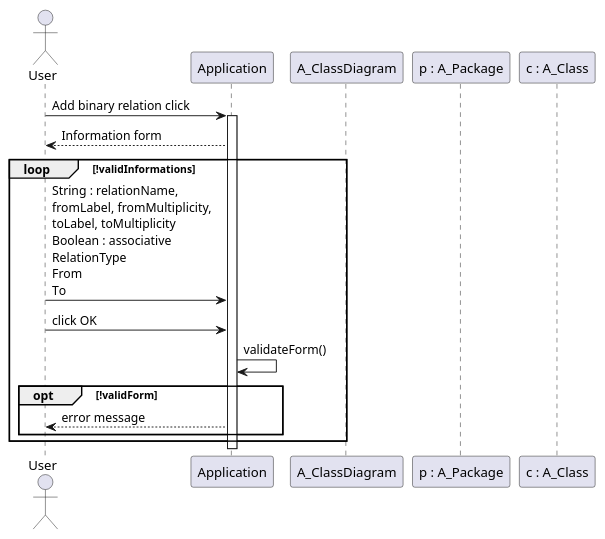
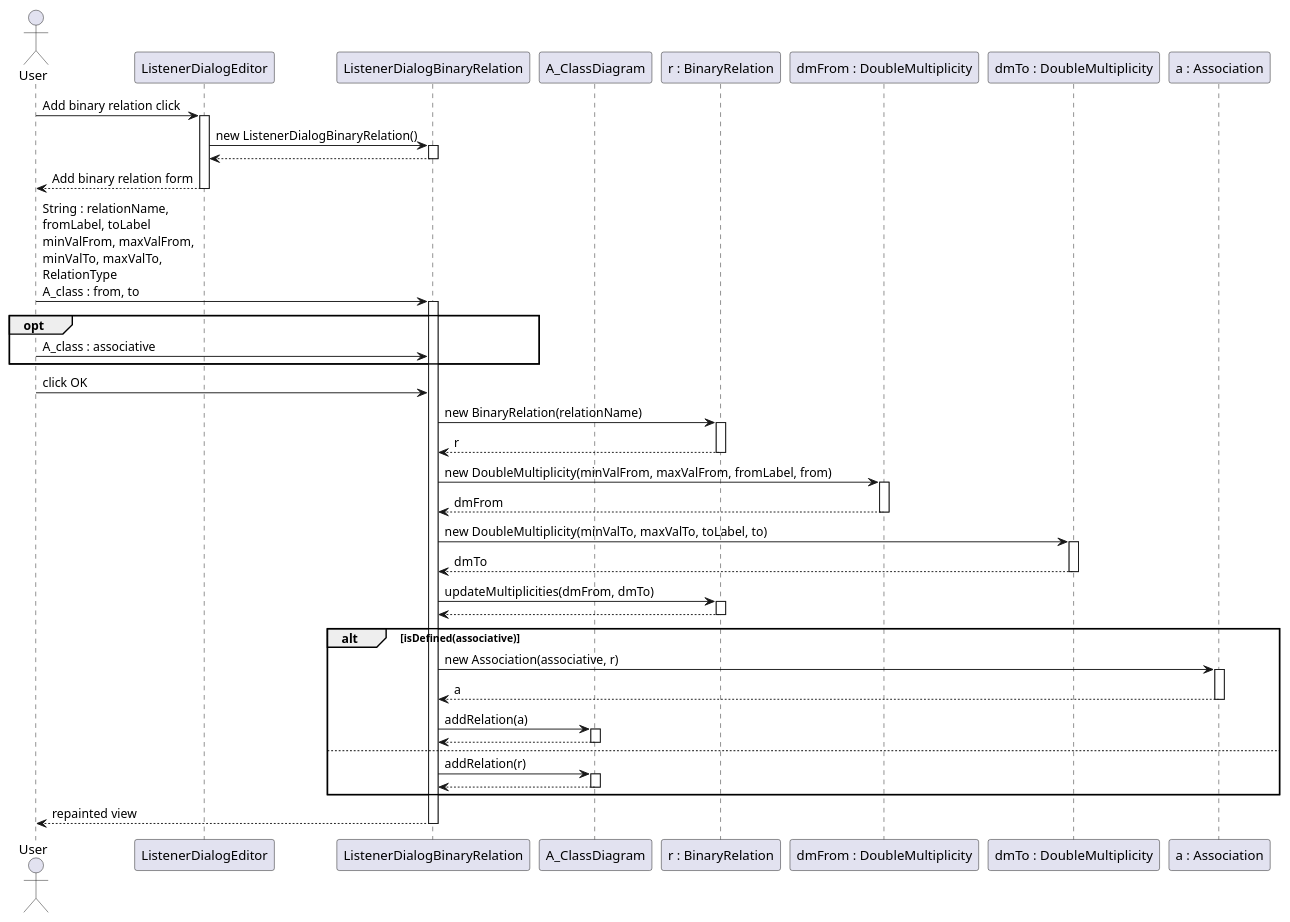
Before and after one commit to Phalexei/Modeleur: the diagram in src/com/github/tomap/uml/conception/sequenceDiagrams/addBinaryRelation.puml, drawn with PlantUML.

Commit message:
diagrammes de séquence

```diff
--- a/src/com/github/tomap/uml/conception/sequenceDiagrams/addBinaryRelation.puml
+++ b/src/com/github/tomap/uml/conception/sequenceDiagrams/addBinaryRelation.puml
@@ -1,25 +1,71 @@
 @startuml
 
     actor User as u
-    participant Application as a
+    participant ListenerDialogEditor as lde
+    participant ListenerDialogBinaryRelation as ldbr
     participant A_ClassDiagram as Cd
-    participant "p : A_Package" as p
-    participant "c : A_Class" as c
+    participant "r : BinaryRelation" as r
+    participant "dmFrom : DoubleMultiplicity" as dmFrom
+    participant "dmTo : DoubleMultiplicity" as dmTo
+    participant "a : Association" as a
         
-	u -> a: Add binary relation click
-	activate a
+	u -> lde: Add binary relation click
+	activate lde
 
-        a --> u: Information form
+        lde -> ldbr: new ListenerDialogBinaryRelation()
+        activate ldbr
+        ldbr --> lde
+        deactivate ldbr
 
-        loop !validInformations
-            u -> a: String : relationName,\nfromLabel, fromMultiplicity,\ntoLabel, toMultiplicity\nBoolean : associative\nRelationType\nFrom\nTo
+        lde --> u: Add binary relation form
+        deactivate lde
 
-            u -> a: click OK
+        
+        u -> ldbr: String : relationName,\nfromLabel, toLabel\nminValFrom, maxValFrom,\nminValTo, maxValTo,\nRelationType\nA_class : from, to
+        activate ldbr
 
-            a -> a: validateForm()
-            opt !validForm
-                a --> u: error message
-            end
+        opt
+            u -> ldbr: A_class : associative
         end
+
+        u -> ldbr: click OK
+
+        ldbr -> r: new BinaryRelation(relationName)
+        activate r
+        r --> ldbr: r
+        deactivate r
+
+        ldbr -> dmFrom: new DoubleMultiplicity(minValFrom, maxValFrom, fromLabel, from)
+        activate dmFrom
+        dmFrom --> ldbr: dmFrom
+        deactivate dmFrom
         
+        ldbr -> dmTo: new DoubleMultiplicity(minValTo, maxValTo, toLabel, to)
+        activate dmTo
+        dmTo --> ldbr: dmTo
+        deactivate dmTo
+
+        ldbr -> r: updateMultiplicities(dmFrom, dmTo)
+        activate r
+        r --> ldbr
+        deactivate r
+
+        alt isDefined(associative)
+           ldbr -> a: new Association(associative, r)
+           activate a
+           a --> ldbr: a
+           deactivate a
+           ldbr -> Cd: addRelation(a)
+           activate Cd
+           Cd --> ldbr
+           deactivate Cd
+        else
+           ldbr -> Cd: addRelation(r)
+           activate Cd
+           Cd --> ldbr
+           deactivate Cd
+        end
+
+        ldbr --> u: repainted view
+        deactivate ldbr
 @enduml
```
